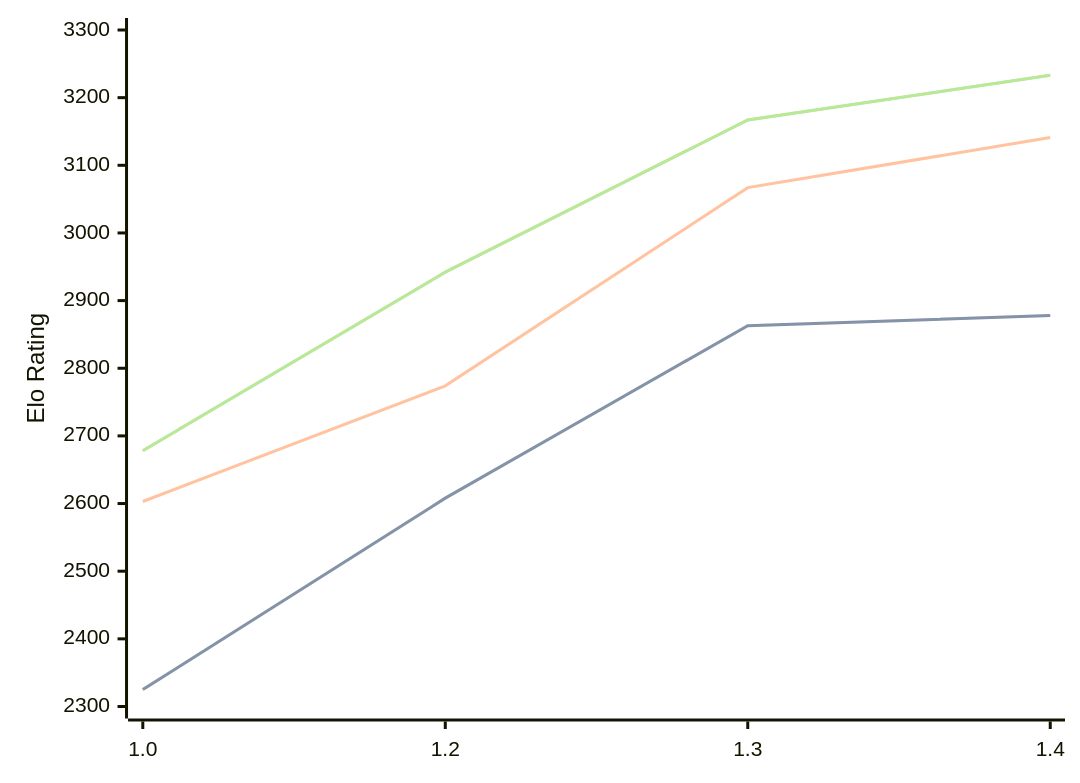
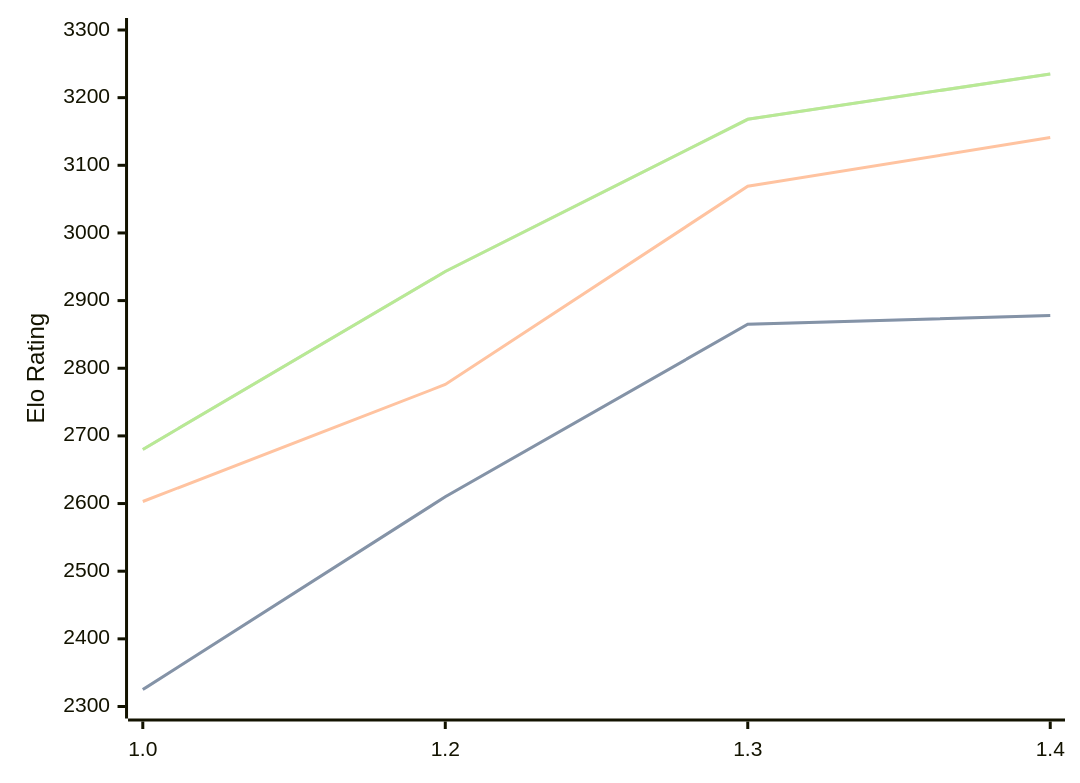
Before and after one commit to computer-chess-index/cci: the diagram in engines/Chessnix.md, drawn with Mermaid. The commit also changed other lines of this file, not shown here.

Commit message:
Update CCI Ratings (ELO VLTC) - 2026-09-13

````diff
--- a/engines/Chessnix.md
+++ b/engines/Chessnix.md
@@ -34,11 +34,11 @@
 ```mermaid
 %%{init: {"theme":"base","themeVariables":{"seriesColors:['#a3a3a3','#222221','#faa371']}}}%%
 xychart-beta
   x-axis ["1.0", "1.2", "1.3", "1.4"]
   y-axis "Elo Rating" 2300 --> 3300
-  line "" [2325, 2608, 2863, 2878]
-  line "STC (8.0+0.08s)" [2325, 2608, 2863, 2878]
-  line "LTC (60.0+0.60s)" [2603, 2774, 3067, 3141]
-  line "" [2678, 2942, 3167, 3233]
-  line "VLTC (2m24s+1.12s)" [2678, 2942, 3167, 3233]
+  line "" [2325, 2610, 2865, 2878]
+  line "STC (8.0+0.08s)" [2325, 2610, 2865, 2878]
+  line "LTC (60.0+0.60s)" [2603, 2776, 3069, 3141]
+  line "" [2680, 2943, 3168, 3235]
+  line "VLTC (2m24s+1.12s)" [2680, 2943, 3168, 3235]
 ```
````
